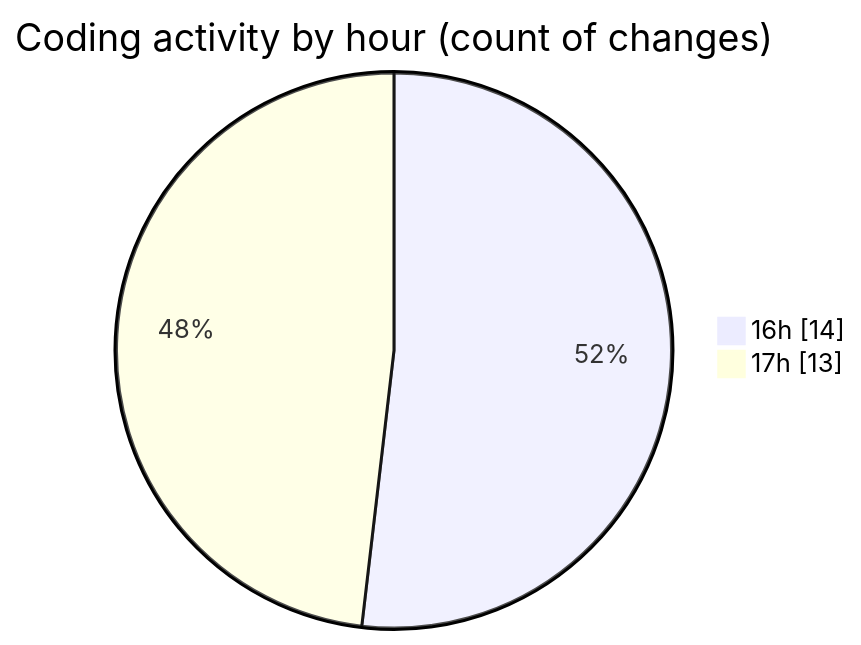
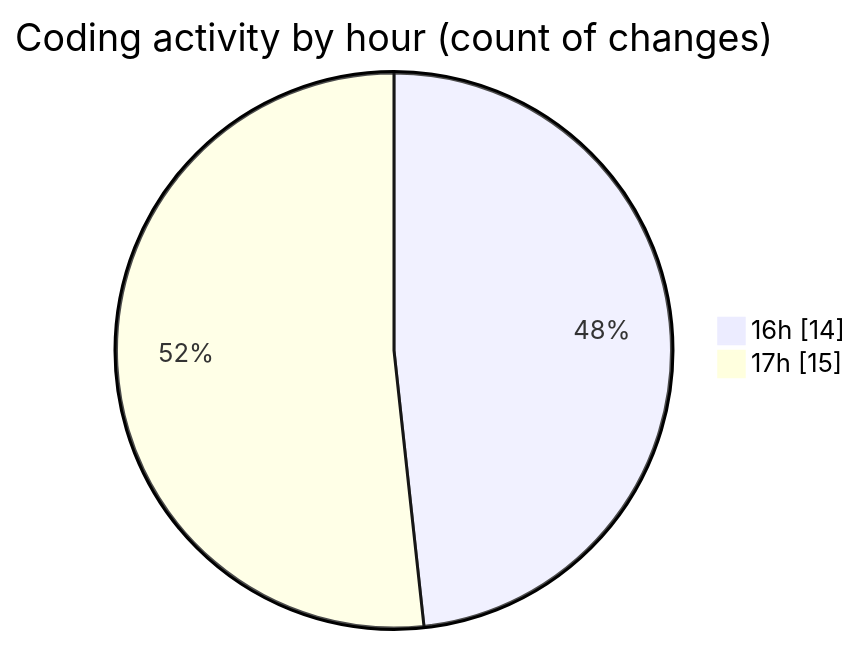
The second of 2 diagrams in 2025-01-31/flask/README.md (Elitesun/code-tracking), drawn with Mermaid before and after one commit. The commit also changed other lines of this file and 1 other file, not shown here.

````diff
--- a/2025-01-31/flask/README.md
+++ b/2025-01-31/flask/README.md
@@ -35,6 +35,6 @@
 ```mermaid
 pie showData
 title Coding activity by hour (count of changes)
 "16h" : 14
-"17h" : 13
+"17h" : 15
 ```
````
